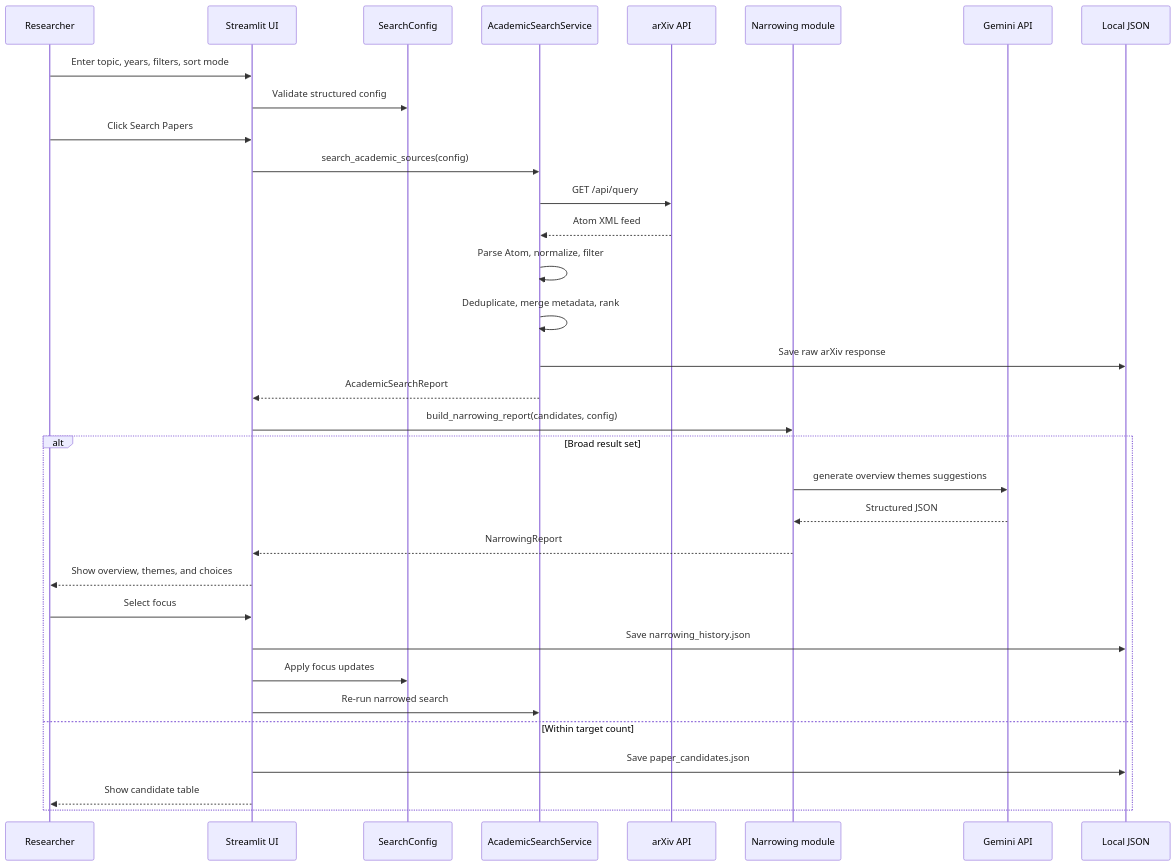
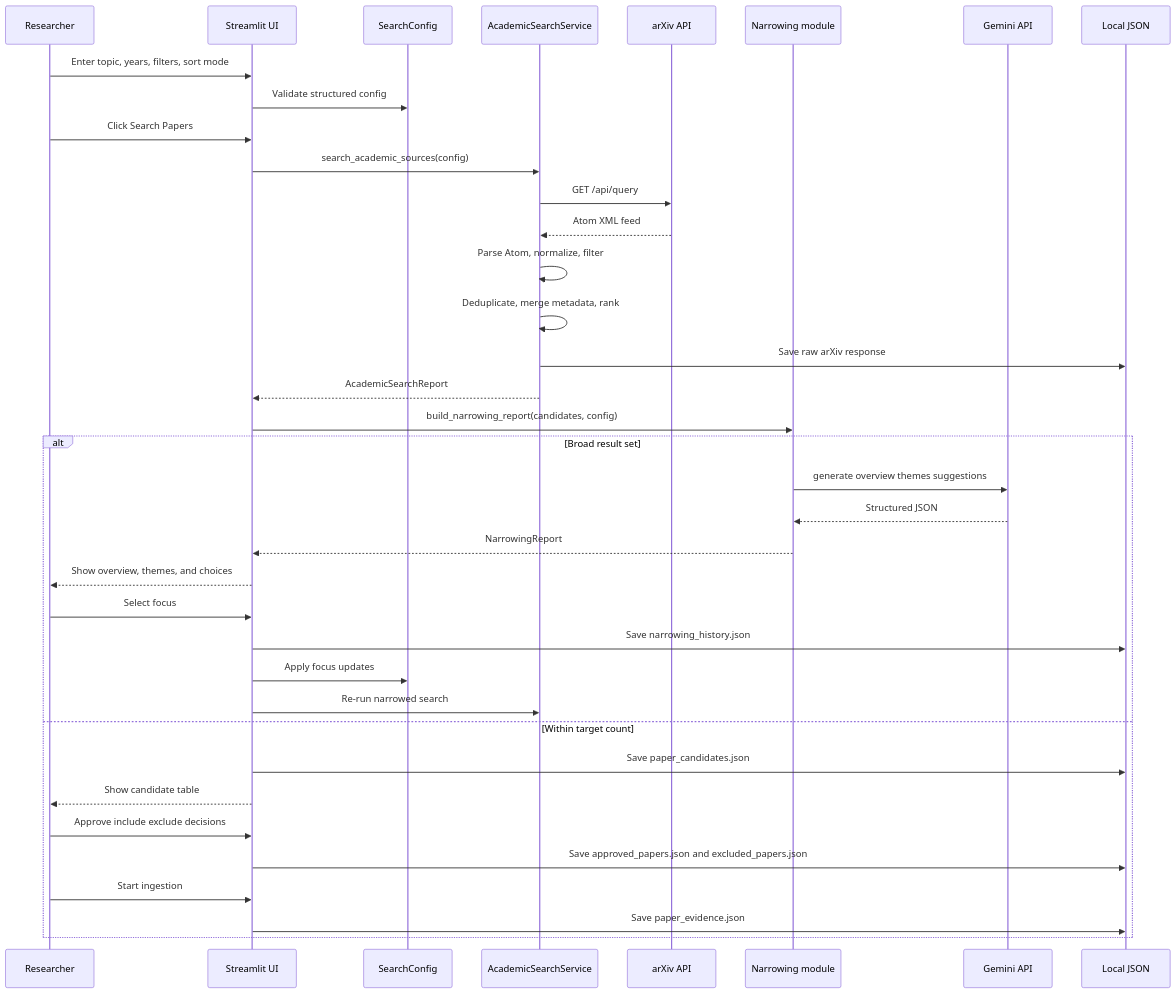
The third of 3 diagrams in README.md (luythoangduy/LiteratureWikiGraphRAG), drawn with Mermaid before and after one commit. The commit also changed other lines of this file, not shown here.

````diff
--- a/README.md
+++ b/README.md
@@ -109,36 +186,40 @@
 ```mermaid
 sequenceDiagram
   participant R as Researcher
   participant S as Streamlit UI
   participant C as SearchConfig
   participant A as AcademicSearchService
   participant X as arXiv API
   participant N as Narrowing module
   participant G as Gemini API
   participant J as Local JSON
 
   R->>S: Enter topic, years, filters, sort mode
   S->>C: Validate structured config
   R->>S: Click Search Papers
   S->>A: search_academic_sources(config)
   A->>X: GET /api/query
   X-->>A: Atom XML feed
   A->>A: Parse Atom, normalize, filter
   A->>A: Deduplicate, merge metadata, rank
   A->>J: Save raw arXiv response
   A-->>S: AcademicSearchReport
   S->>N: build_narrowing_report(candidates, config)
   alt Broad result set
     N->>G: generate overview themes suggestions
     G-->>N: Structured JSON
     N-->>S: NarrowingReport
     S-->>R: Show overview, themes, and choices
     R->>S: Select focus
     S->>J: Save narrowing_history.json
     S->>C: Apply focus updates
     S->>A: Re-run narrowed search
   else Within target count
     S->>J: Save paper_candidates.json
     S-->>R: Show candidate table
+    R->>S: Approve include exclude decisions
+    S->>J: Save approved_papers.json and excluded_papers.json
+    R->>S: Start ingestion
+    S->>J: Save paper_evidence.json
   end
 ```
````
